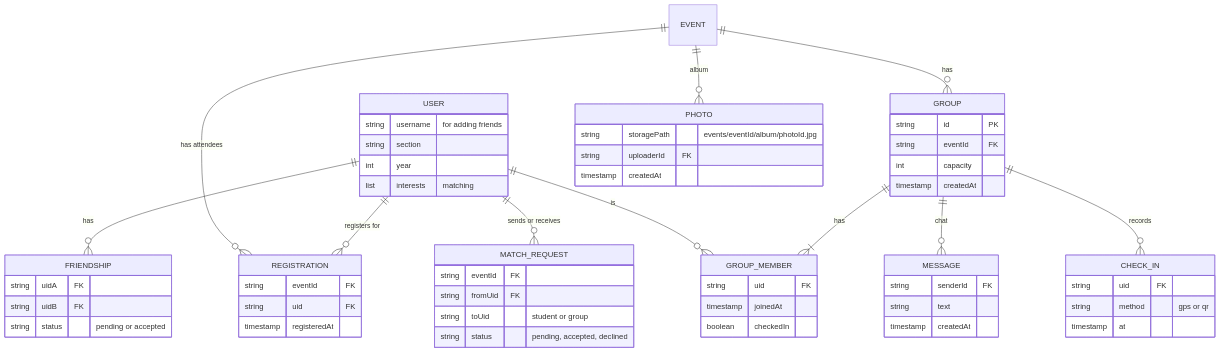
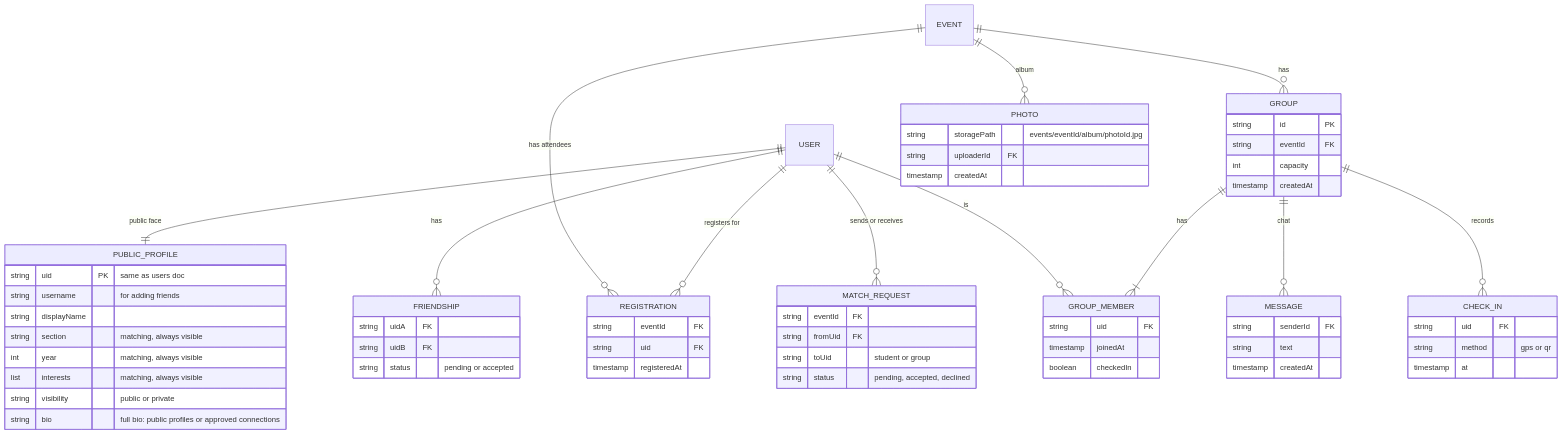
Diagram 11 of 11 in docs/Architecture-Diagram.md (swent-polysocial/PolySocial), drawn with Mermaid before and after one commit. The commit also changed other lines of this file, not shown here.

First line of the commit message:
docs: apply design decisions to architecture page

````diff
--- a/docs/Architecture-Diagram.md
+++ b/docs/Architecture-Diagram.md
@@ -538,62 +549,67 @@
 ```mermaid
 erDiagram
+  USER ||--|| PUBLIC_PROFILE : "public face"
   USER ||--o{ REGISTRATION : "registers for"
   EVENT ||--o{ REGISTRATION : "has attendees"
   USER ||--o{ FRIENDSHIP : "has"
   USER ||--o{ MATCH_REQUEST : "sends or receives"
   EVENT ||--o{ GROUP : "has"
   GROUP ||--|{ GROUP_MEMBER : "has"
   USER ||--o{ GROUP_MEMBER : "is"
   GROUP ||--o{ MESSAGE : "chat"
   GROUP ||--o{ CHECK_IN : "records"
   EVENT ||--o{ PHOTO : "album"
 
-  USER {
+  PUBLIC_PROFILE {
+    string uid PK "same as users doc"
     string username "for adding friends"
-    string section
-    int year
-    list interests "matching"
+    string displayName
+    string section "matching, always visible"
+    int year "matching, always visible"
+    list interests "matching, always visible"
+    string visibility "public or private"
+    string bio "full bio: public profiles or approved connections"
   }
   REGISTRATION {
     string eventId FK
     string uid FK
     timestamp registeredAt
   }
   FRIENDSHIP {
     string uidA FK
     string uidB FK
     string status "pending or accepted"
   }
   MATCH_REQUEST {
     string eventId FK
     string fromUid FK
     string toUid "student or group"
     string status "pending, accepted, declined"
   }
   GROUP {
     string id PK
     string eventId FK
     int capacity
     timestamp createdAt
   }
   GROUP_MEMBER {
     string uid FK
     timestamp joinedAt
     boolean checkedIn
   }
   MESSAGE {
     string senderId FK
     string text
     timestamp createdAt
   }
   CHECK_IN {
     string uid FK
     string method "gps or qr"
     timestamp at
   }
   PHOTO {
     string storagePath "events/eventId/album/photoId.jpg"
     string uploaderId FK
     timestamp createdAt
   }
 ```
````
